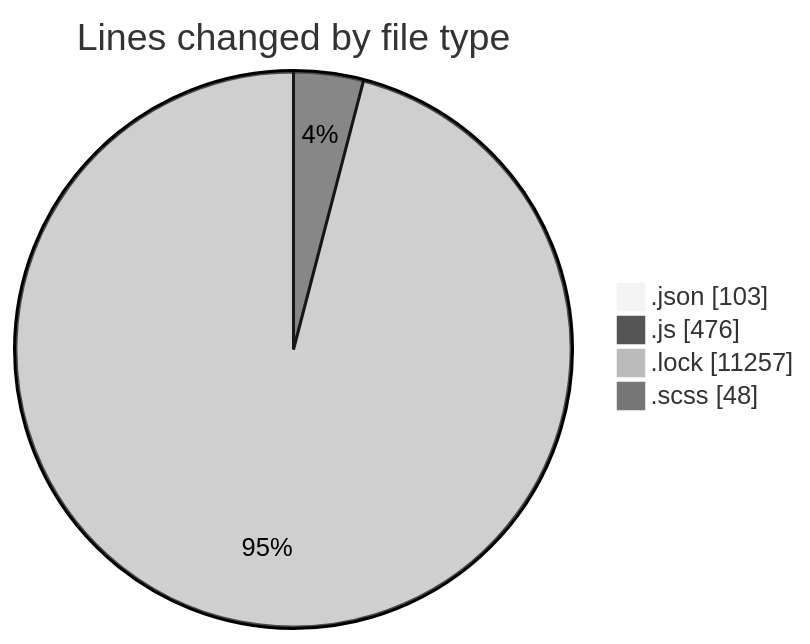
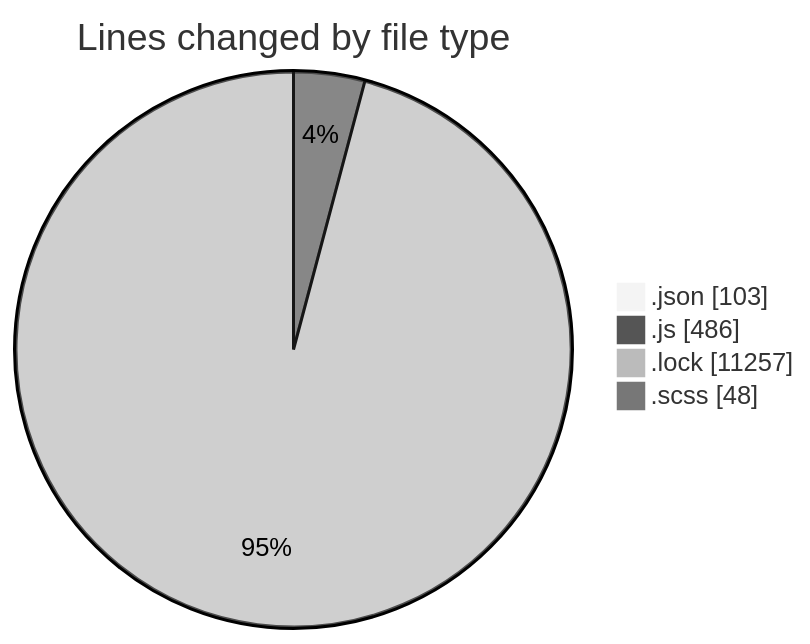
Before and after one commit to momahboobian/code-tracking: the first of 2 diagrams in 2026-01-06/cda/README.md, drawn with Mermaid (neutral theme). The commit also changed other lines of this file and 1 other file, not shown here.

````diff
--- a/2026-01-06/cda/README.md
+++ b/2026-01-06/cda/README.md
@@ -27,8 +27,8 @@
 ```mermaid
 pie showData
 title Lines changed by file type
 ".json" : 103
-".js" : 476
+".js" : 486
 ".lock" : 11257
 ".scss" : 48
 ```
````
